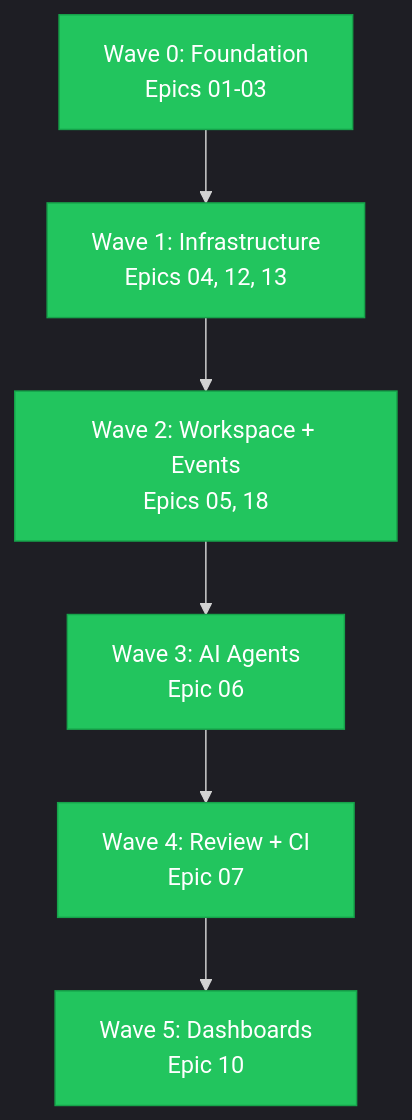
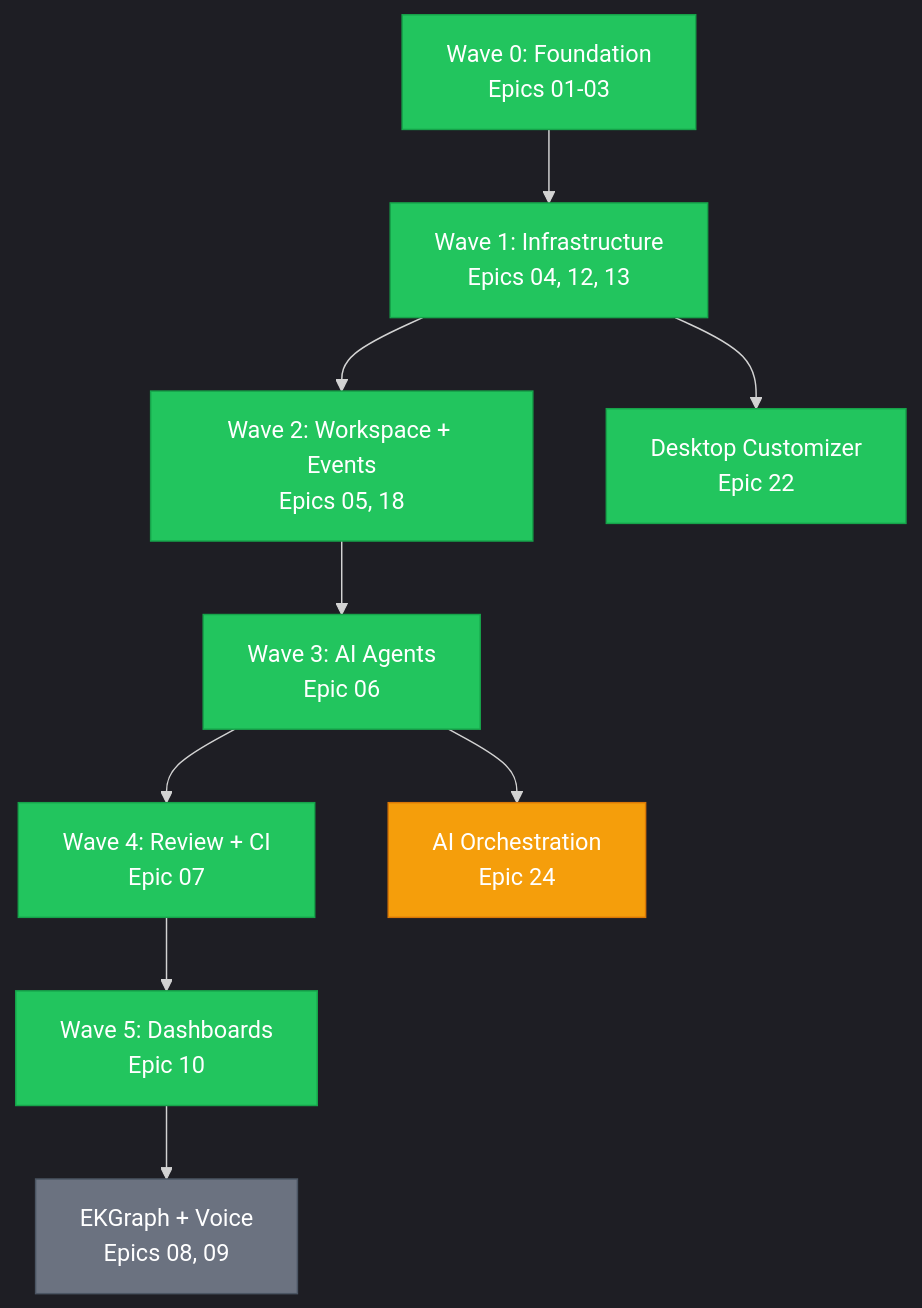
The diagram in docs/roadmap.md (nddipiazza/robos), drawn with Mermaid before and after one commit. The commit also changed other lines of this file and 1 other file, not shown here.

First line of the commit message:
docs: expand roadmap with all 24 epics, YouTube plan, early-stage messaging

````diff
--- a/docs/roadmap.md
+++ b/docs/roadmap.md
@@ -107,23 +191,32 @@
 ```mermaid
 %%{init: {'theme': 'dark'}}%%
 graph TD
     W0[Wave 0: Foundation<br/>Epics 01-03]
     W1[Wave 1: Infrastructure<br/>Epics 04, 12, 13]
     W2[Wave 2: Workspace + Events<br/>Epics 05, 18]
     W3[Wave 3: AI Agents<br/>Epic 06]
     W4[Wave 4: Review + CI<br/>Epic 07]
     W5[Wave 5: Dashboards<br/>Epic 10]
+    W6[Desktop Customizer<br/>Epic 22]
+    W7[AI Orchestration<br/>Epic 24]
+    W8[EKGraph + Voice<br/>Epics 08, 09]
 
     W0 --> W1
     W1 --> W2
     W2 --> W3
     W3 --> W4
     W4 --> W5
+    W3 --> W7
+    W5 --> W8
+    W1 --> W6
 
     style W0 fill:#22c55e,stroke:#16a34a,color:#fff
     style W1 fill:#22c55e,stroke:#16a34a,color:#fff
     style W2 fill:#22c55e,stroke:#16a34a,color:#fff
     style W3 fill:#22c55e,stroke:#16a34a,color:#fff
     style W4 fill:#22c55e,stroke:#16a34a,color:#fff
     style W5 fill:#22c55e,stroke:#16a34a,color:#fff
+    style W6 fill:#22c55e,stroke:#16a34a,color:#fff
+    style W7 fill:#f59e0b,stroke:#d97706,color:#fff
+    style W8 fill:#6b7280,stroke:#4b5563,color:#fff
 ```
````
